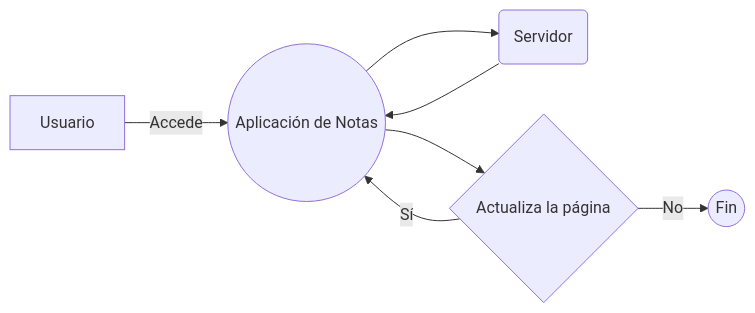
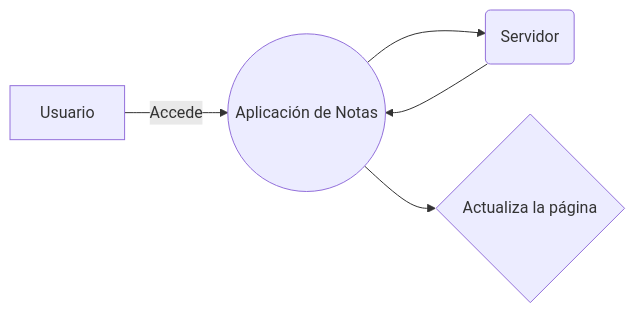
Before and after one commit to OmAn94/Markdown: the second of 3 diagrams in README.md, drawn with Mermaid. The commit also changed other lines of this file, not shown here.

````diff
--- a/README.md
+++ b/README.md
@@ -24,11 +24,9 @@
 ```mermaid
 
 graph LR
     A[Usuario] -- Accede --> B((Aplicación de Notas))
     B --> C(Servidor)
     C --> B
     B --> D{Actualiza la página}
-    D -- Sí --> B
-    D -- No --> E((Fin))
 
 ```
````
